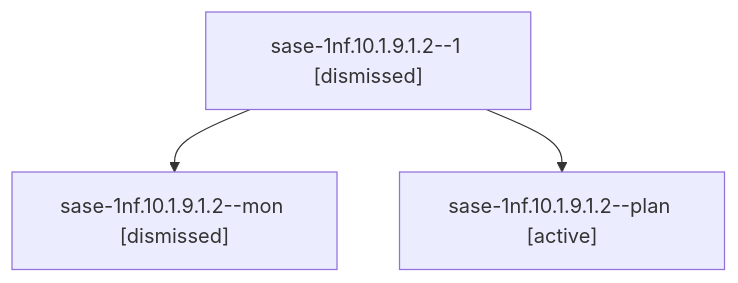
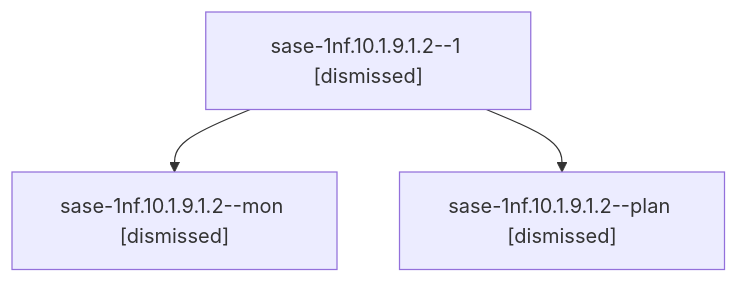
Before and after one commit to sase-org/sase--agents: the diagram in sessions/bbugyi200.athena.sase-1nf.10.1.9.1.2.md, drawn with Mermaid. The commit also changed other lines of this file and 170 other files, not shown here.

````diff
--- a/sessions/bbugyi200.athena.sase-1nf.10.1.9.1.2.md
+++ b/sessions/bbugyi200.athena.sase-1nf.10.1.9.1.2.md
@@ -9,8 +9,8 @@
 ```mermaid
 flowchart TD
   n0["sase-1nf.10.1.9.1.2--1 [dismissed]"]
   n1["sase-1nf.10.1.9.1.2--mon [dismissed]"]
   n0 --> n1
-  n2["sase-1nf.10.1.9.1.2--plan [active]"]
+  n2["sase-1nf.10.1.9.1.2--plan [dismissed]"]
   n0 --> n2
 ```
````
